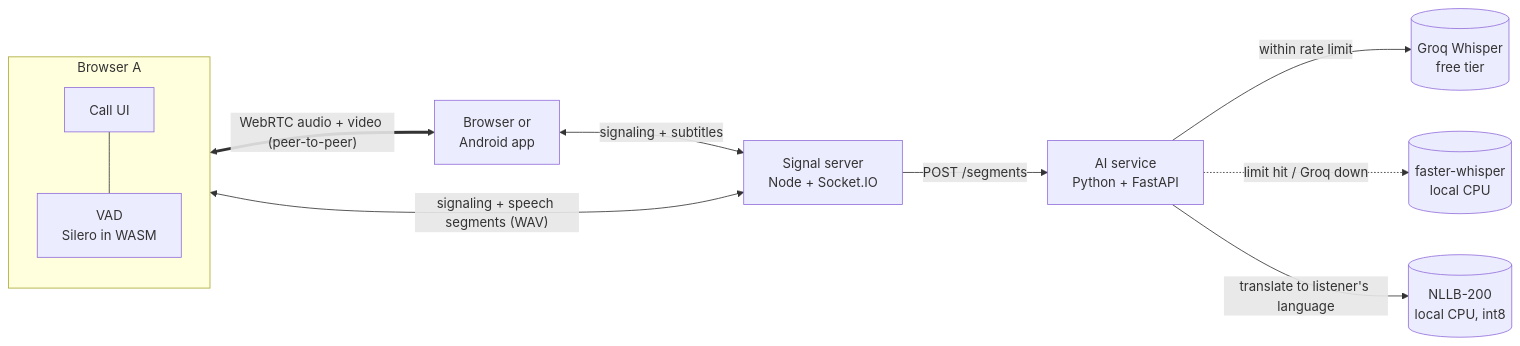
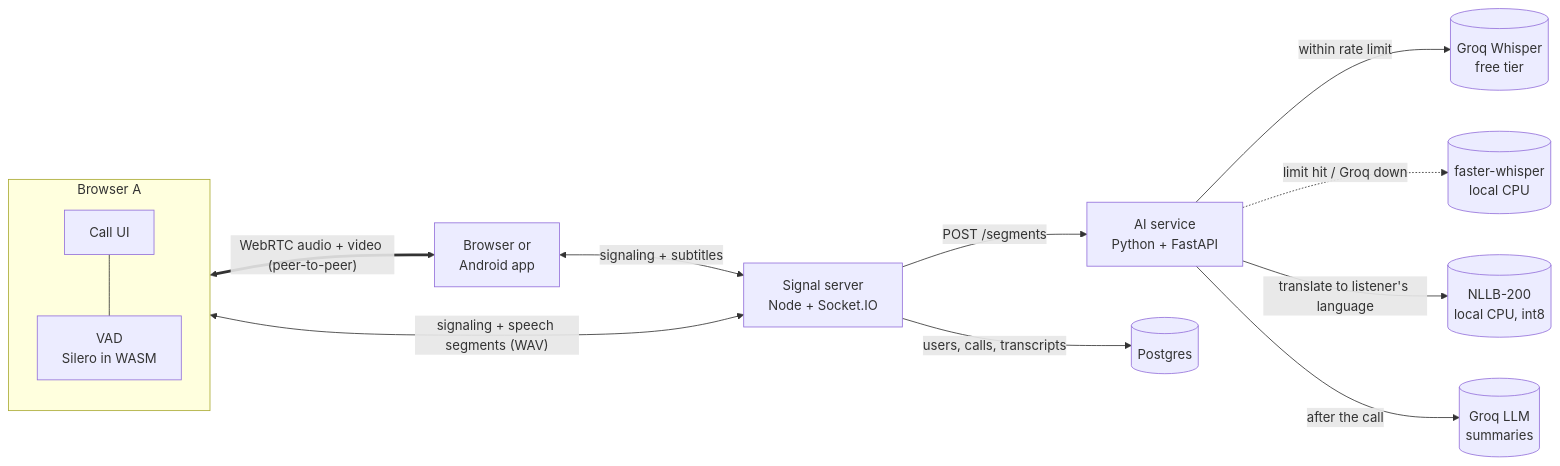
One commit to kazzi-dev/usap changed the diagram in README.md. Above: the diagram before and after it, drawn with Mermaid. The commit also changed other lines of this file and 45 other files, not shown here.

````diff
--- a/README.md
+++ b/README.md
@@ -26,20 +26,24 @@
 ```mermaid
 flowchart LR
     subgraph A[Browser A]
       UI_A[Call UI] --- VAD_A[VAD<br/>Silero in WASM]
     end
     B[Browser or<br/>Android app]
     S[Signal server<br/>Node + Socket.IO]
     AI[AI service<br/>Python + FastAPI]
     G[(Groq Whisper<br/>free tier)]
     L[(faster-whisper<br/>local CPU)]
     N[(NLLB-200<br/>local CPU, int8)]
+    DB[(Postgres)]
+    LLM[(Groq LLM<br/>summaries)]
 
     A <== "WebRTC audio + video (peer-to-peer)" ==> B
     A <-- "signaling + speech segments (WAV)" --> S
     B <-- "signaling + subtitles" --> S
     S -- "POST /segments" --> AI
     AI -- "within rate limit" --> G
     AI -. "limit hit / Groq down" .-> L
     AI -- "translate to listener's language" --> N
+    S -- "users, calls, transcripts" --> DB
+    AI -- "after the call" --> LLM
 ```
````
